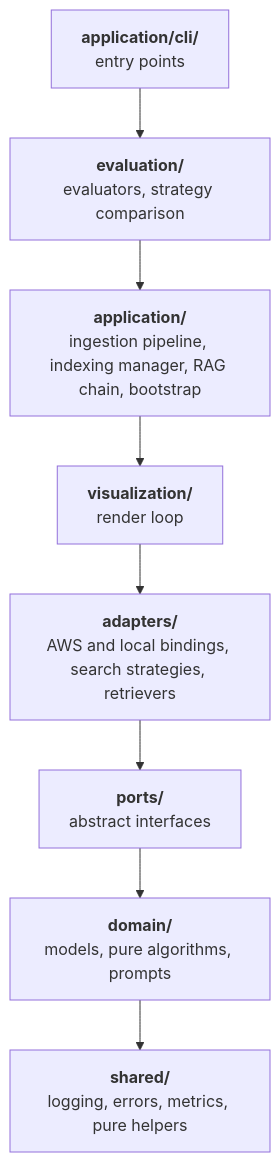
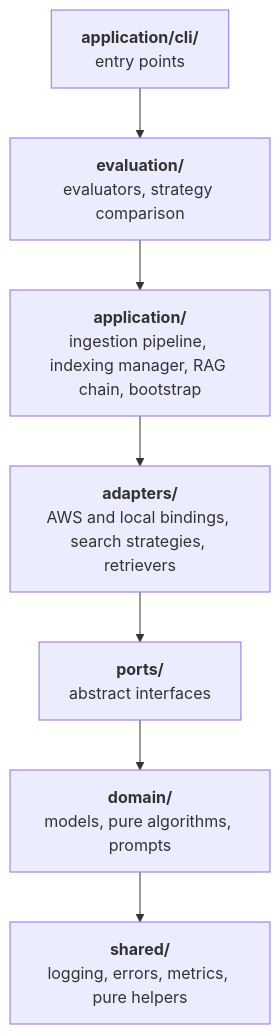
The diagram in docs/design.ko.md (awslabs/unified-kg-rag-on-aws), drawn with Mermaid before and after one commit. The commit also changed other lines of this file and 56 other files, not shown here.

First line of the commit message:
build!: move evaluation and visualization into extras (#467)

````diff
--- a/docs/design.ko.md
+++ b/docs/design.ko.md
@@ -75,12 +74,11 @@
 ```mermaid
 flowchart TB
     cli["<b>application/cli/</b><br/>entry points"]
     evaluation["<b>evaluation/</b><br/>evaluators, strategy comparison"]
     application["<b>application/</b><br/>ingestion pipeline, indexing manager, RAG chain, bootstrap"]
-    visualization["<b>visualization/</b><br/>render loop"]
     adapters["<b>adapters/</b><br/>AWS and local bindings, search strategies, retrievers"]
     ports["<b>ports/</b><br/>abstract interfaces"]
     domain["<b>domain/</b><br/>models, pure algorithms, prompts"]
     shared["<b>shared/</b><br/>logging, errors, metrics, pure helpers"]
-    cli --> evaluation --> application --> visualization --> adapters --> ports --> domain --> shared
+    cli --> evaluation --> application --> adapters --> ports --> domain --> shared
 ```
````
